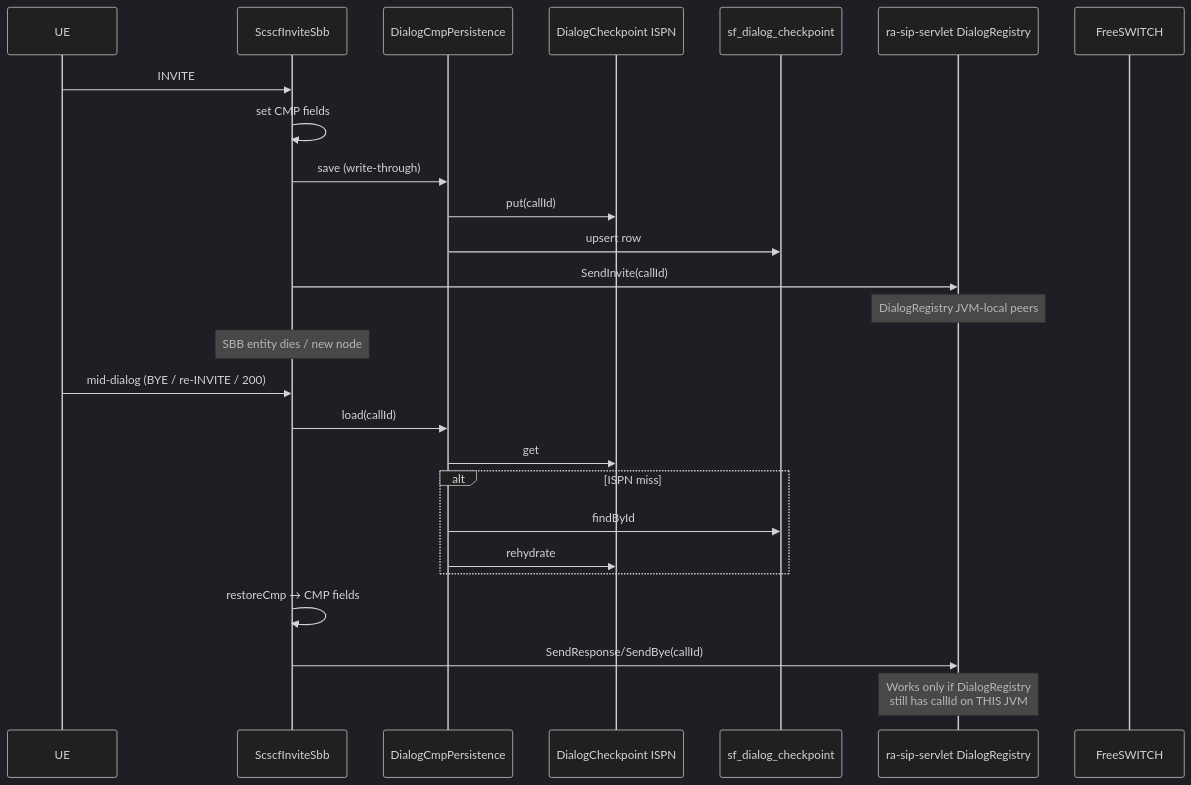
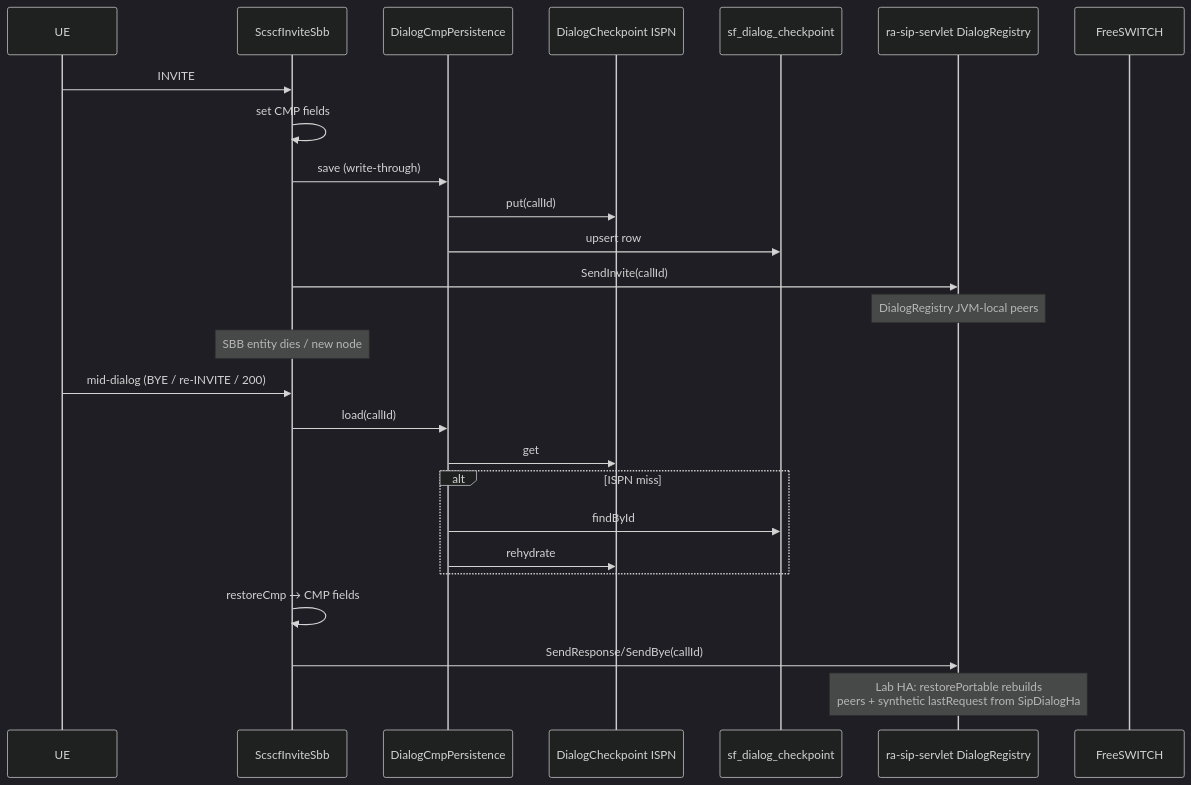
One commit to nhanth87/sip-freeswitch changed the diagram in docs/agents/cmp-recovery.md. Above: the diagram before and after it, drawn with Mermaid (dark theme). The commit also changed other lines of this file and 77 other files, not shown here.

````diff
--- a/docs/agents/cmp-recovery.md
+++ b/docs/agents/cmp-recovery.md
@@ -56,31 +57,31 @@
 ```mermaid
 sequenceDiagram
   participant UE
   participant SBB as ScscfInviteSbb
   participant CMP as DialogCmpPersistence
   participant ISPN as DialogCheckpoint ISPN
   participant PG as sf_dialog_checkpoint
   participant RA as ra-sip-servlet DialogRegistry
   participant FS as FreeSWITCH
 
   UE->>SBB: INVITE
   SBB->>SBB: set CMP fields
   SBB->>CMP: save (write-through)
   CMP->>ISPN: put(callId)
   CMP->>PG: upsert row
   SBB->>RA: SendInvite(callId)
   Note over RA: DialogRegistry JVM-local peers
 
   Note over SBB: SBB entity dies / new node
 
   UE->>SBB: mid-dialog (BYE / re-INVITE / 200)
   SBB->>CMP: load(callId)
   CMP->>ISPN: get
   alt ISPN miss
     CMP->>PG: findById
     CMP->>ISPN: rehydrate
   end
   SBB->>SBB: restoreCmp → CMP fields
   SBB->>RA: SendResponse/SendBye(callId)
-  Note over RA: Works only if DialogRegistry<br/>still has callId on THIS JVM
+  Note over RA: Lab HA: restorePortable rebuilds<br/>peers + synthetic lastRequest from SipDialogHa
 ```
````
